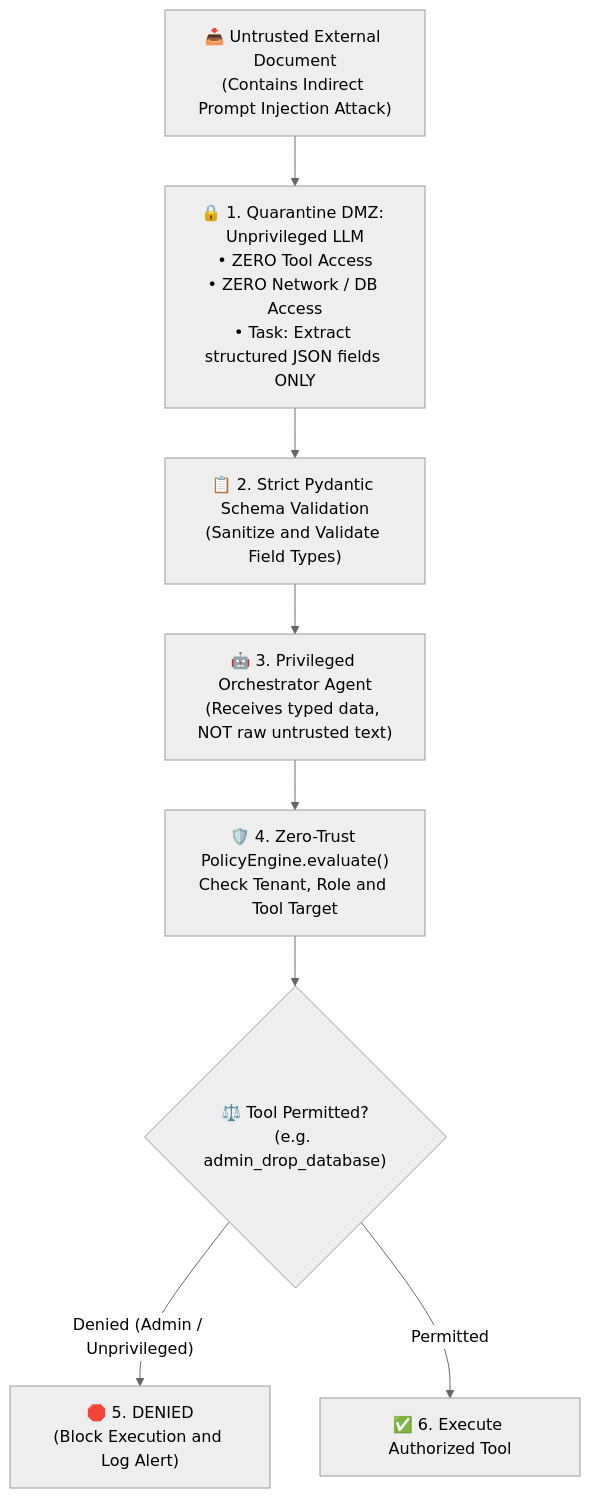
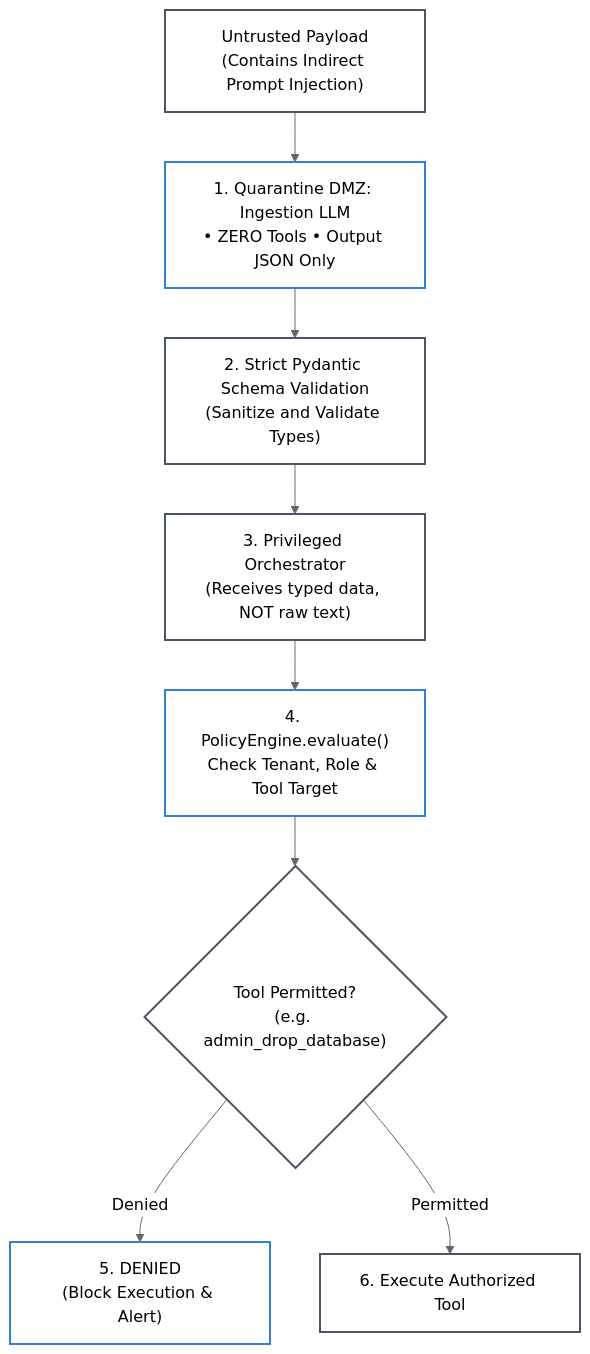
Before and after one commit to dip4k/senior-engineer-to-ai-engineer-roadmap: the diagram in labs/lab-06-dual-llm-quarantine-guardrails.md, drawn with Mermaid (neutral theme). The commit also changed other lines of this file and 49 other files, not shown here.

First line of the commit message:
feat(curriculum): complete 2026 refactoring across roadmaps, use-cases, labs, and agent-forge

````diff
--- a/labs/lab-06-dual-llm-quarantine-guardrails.md
+++ b/labs/lab-06-dual-llm-quarantine-guardrails.md
@@ -20,14 +20,13 @@
 ```mermaid
 flowchart TD
-    UntrustedPayload["📥 Untrusted External Document<br>(Contains Indirect Prompt Injection Attack)"] --> DMZ["🔒 1. Quarantine DMZ: Unprivileged LLM<br>• ZERO Tool Access<br>• ZERO Network / DB Access<br>• Task: Extract structured JSON fields ONLY"]
-    
-    DMZ --> SchemaValidation["📋 2. Strict Pydantic Schema Validation<br>(Sanitize and Validate Field Types)"]
-    
-    SchemaValidation --> PrivilegedAgent["🤖 3. Privileged Orchestrator Agent<br>(Receives typed data, NOT raw untrusted text)"]
-    
-    PrivilegedAgent --> PolicyGate["🛡️ 4. Zero-Trust PolicyEngine.evaluate()<br>Check Tenant, Role and Tool Target"]
-    
-    PolicyGate --> Decision{"⚖️ Tool Permitted?<br>(e.g. admin_drop_database)"}
-    Decision -- "Denied (Admin / Unprivileged)" --> Halt["🛑 5. DENIED<br>(Block Execution and Log Alert)"]
-    Decision -- "Permitted" --> SafeExec["✅ 6. Execute Authorized Tool"]
+    classDef default fill:none,stroke:#4a5568,stroke-width:2px;
+    classDef highlight fill:none,stroke:#3182ce,stroke-width:2px;
+
+    UntrustedPayload["Untrusted Payload<br>(Contains Indirect Prompt Injection)"]:::default --> DMZ["1. Quarantine DMZ: Ingestion LLM<br>• ZERO Tools • Output JSON Only"]:::highlight
+    DMZ --> SchemaValidation["2. Strict Pydantic Schema Validation<br>(Sanitize and Validate Types)"]:::default
+    SchemaValidation --> PrivilegedAgent["3. Privileged Orchestrator<br>(Receives typed data, NOT raw text)"]:::default
+    PrivilegedAgent --> PolicyGate["4. PolicyEngine.evaluate()<br>Check Tenant, Role & Tool Target"]:::highlight
+    PolicyGate --> Decision{"Tool Permitted?<br>(e.g. admin_drop_database)"}:::default
+    Decision -- "Denied" --> Halt["5. DENIED<br>(Block Execution & Alert)"]:::highlight
+    Decision -- "Permitted" --> SafeExec["6. Execute Authorized Tool"]:::default
 ```
````
